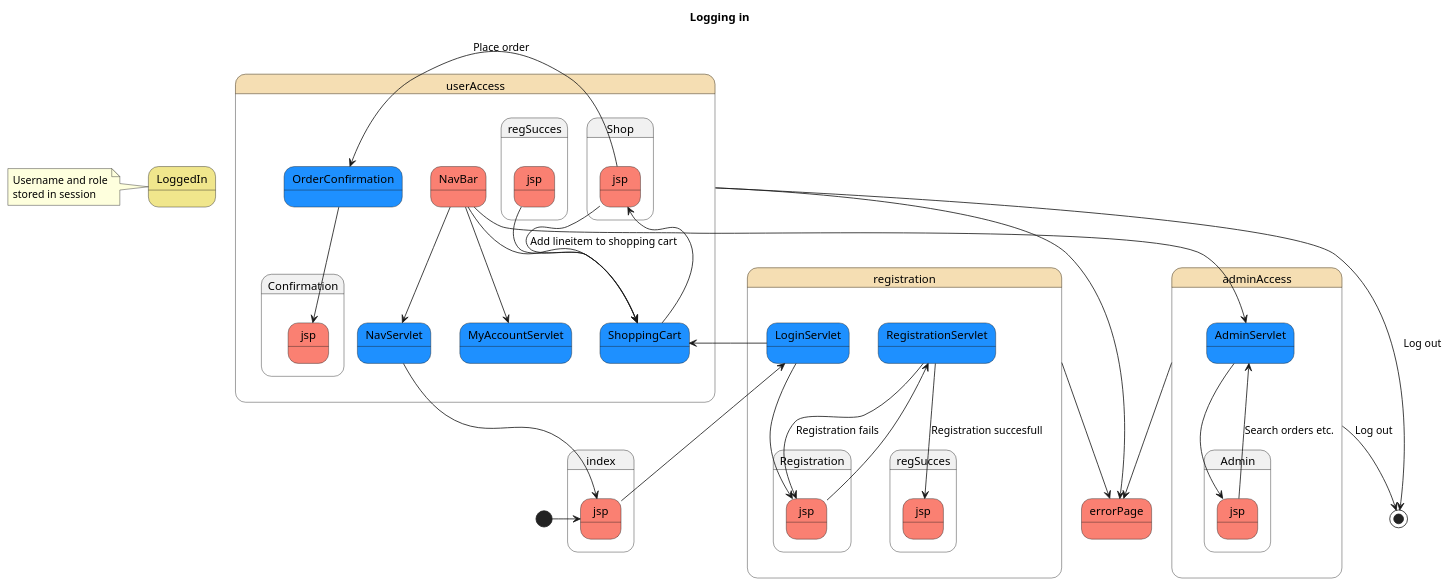
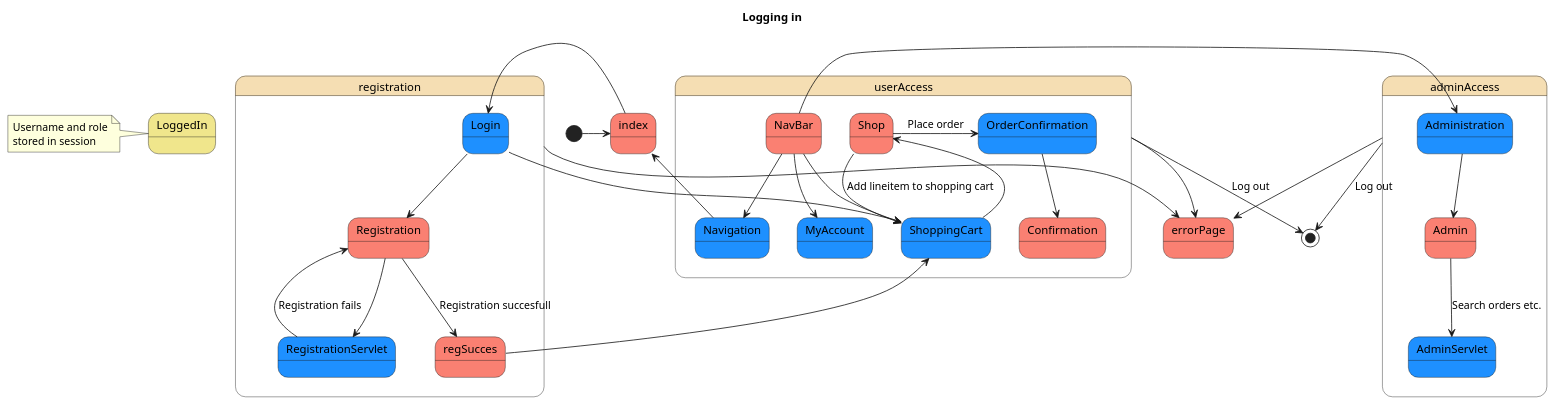
Before and after one commit to DATboiss/CupcakeWebshop: the diagram in src/main/java/Diagrams/State diagram.puml, drawn with PlantUML. The commit also changed 1 other file, not shown here.

Commit message:
fjernede .jsp og servlet tags i state diagram

```diff
--- a/src/main/java/Diagrams/State diagram.puml
+++ b/src/main/java/Diagrams/State diagram.puml
@@ -1,50 +1,49 @@
 @startuml
 
 Title Logging in
 
 State LoggedIn #Khaki
 
 note left of LoggedIn
 Username and role
 stored in session
 end note
 
-[*] -> index.jsp
+[*] -> index
 
 state registration #Wheat {
-
-index.jsp #Salmon --> LoginServlet #DodgerBlue
-LoginServlet --> Registration.jsp #Salmon
-Registration.jsp --> RegistrationServlet #DodgerBlue
-RegistrationServlet --> Registration.jsp : Registration fails
-RegistrationServlet --> regSucces.jsp #Salmon  : Registration succesfull
+index #Salmon -> Login #DodgerBlue
+Login --> Registration #Salmon
+Registration --> RegistrationServlet #DodgerBlue
+RegistrationServlet --> Registration : Registration fails
+Registration --> regSucces #Salmon  : Registration succesfull
 }
 
 state userAccess #Wheat {
-LoginServlet #DodgerBlue --> ShoppingCart #DodgerBlue
-regSucces.jsp #Salmon --> ShoppingCart
-ShoppingCart --> Shop.jsp
-Shop.jsp #Salmon --> ShoppingCart : Add lineitem to shopping cart
-Shop.jsp -> OrderConfirmation : Place order
-OrderConfirmation #DodgerBlue --> Confirmation.jsp #Salmon
+Login #DodgerBlue --> ShoppingCart #DodgerBlue
+regSucces #Salmon --> ShoppingCart
+ShoppingCart --> Shop
+Shop #Salmon --> ShoppingCart : Add lineitem to shopping cart
+Shop -> OrderConfirmation : Place order
+OrderConfirmation #DodgerBlue --> Confirmation #Salmon
 
-NavBar #Salmon --> NavServlet #DodgerBlue 
-NavServlet --> index.jsp
-NavBar --> MyAccountServlet #DodgerBlue
+NavBar #Salmon --> Navigation #DodgerBlue 
+Navigation -> index
+NavBar --> MyAccount #DodgerBlue
 NavBar --> ShoppingCart
 
 }
 
 state adminAccess #Wheat {
-NavBar --> AdminServlet #DodgerBlue
-AdminServlet --> Admin.jsp 
-Admin.jsp #Salmon --> AdminServlet : Search orders etc.
+NavBar -> Administration #DodgerBlue
+Administration --> Admin
+Admin #Salmon --> AdminServlet #DodgerBlue : Search orders etc.
 }
 
 userAccess --> [*] : Log out
 adminAccess --> [*] : Log out
 
 registration --> errorPage #Salmon
 userAccess --> errorPage
 adminAccess --> errorPage
 @enduml
```
